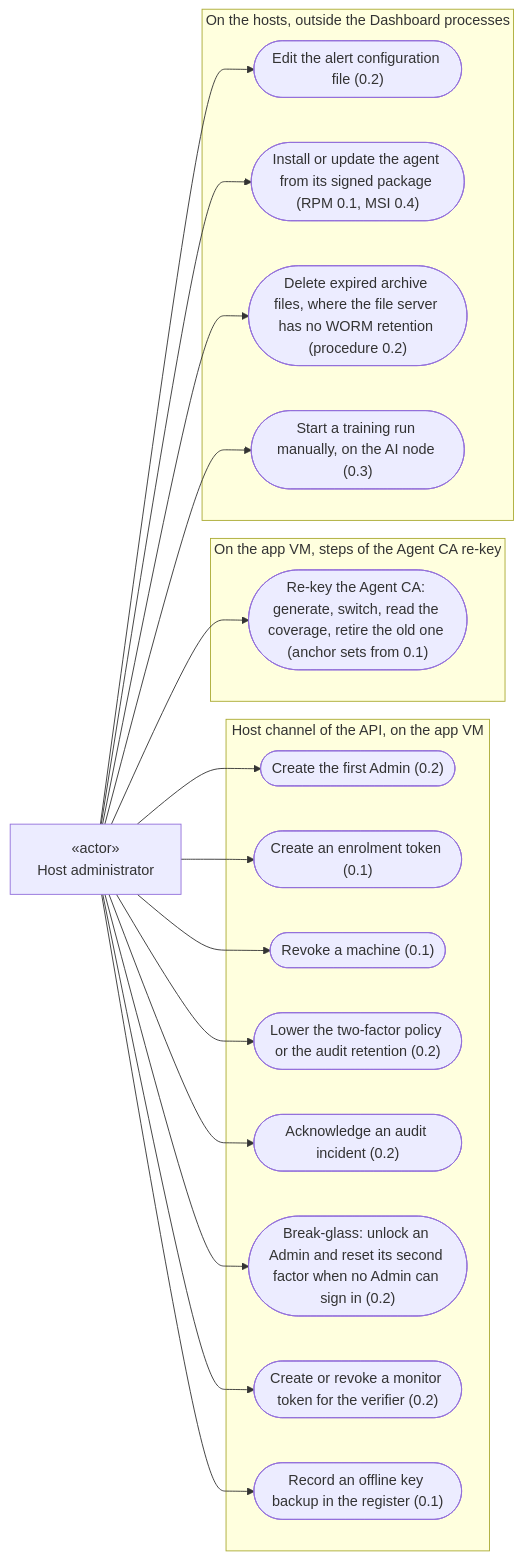
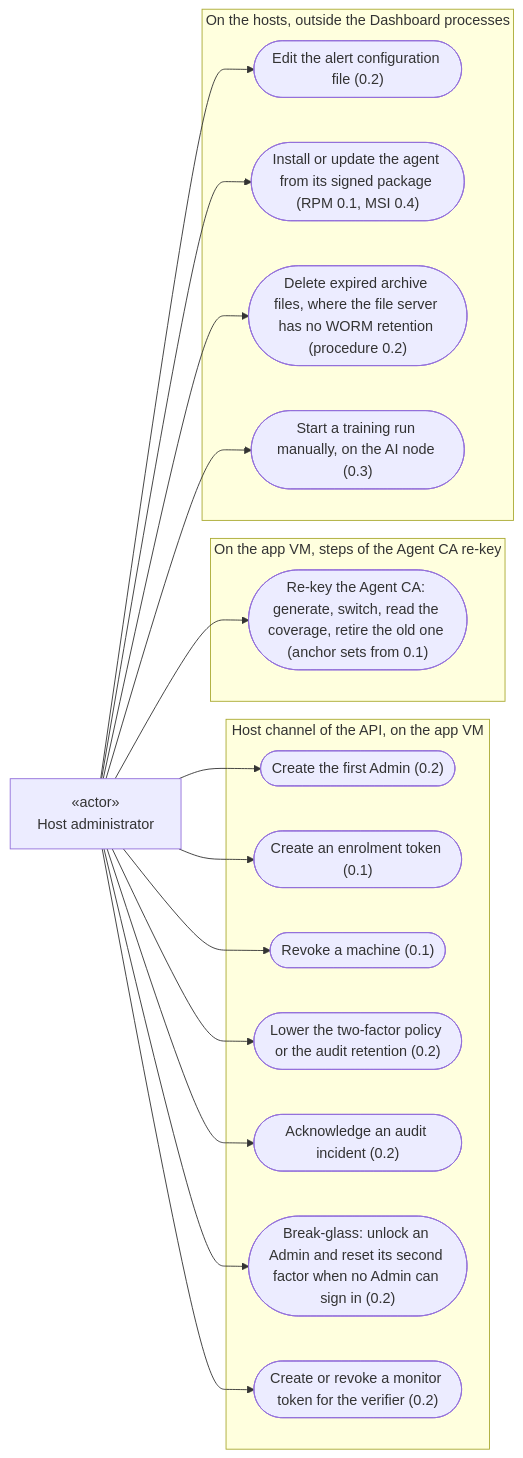
Before and after one commit to micdef/Dashboard: the third of 6 diagrams in doc/analyse/uml/v1/use-cases.md, drawn with Mermaid. The commit also changed other lines of this file and 5 other files, not shown here.

````diff
--- a/doc/analyse/uml/v1/use-cases.md
+++ b/doc/analyse/uml/v1/use-cases.md
@@ -121,40 +121,40 @@
 ```mermaid
 flowchart LR
     HostAdmin["«actor»<br/>Host administrator"]
 
     subgraph HostChannel ["Host channel of the API, on the app VM"]
         FirstAdmin(["Create the first Admin (0.2)"])
         HostToken(["Create an enrolment token (0.1)"])
         HostRevoke(["Revoke a machine (0.1)"])
         Lower(["Lower the two-factor policy or the audit retention (0.2)"])
         Incident(["Acknowledge an audit incident (0.2)"])
         BreakGlass(["Break-glass: unlock an Admin and reset its second factor when no Admin can sign in (0.2)"])
         Monitor(["Create or revoke a monitor token for the verifier (0.2)"])
-        KeyRegister(["Record an offline key backup in the register (0.1)"])
+
     end
 
     subgraph AppVm ["On the app VM, steps of the Agent CA re-key"]
         Rekey(["Re-key the Agent CA: generate, switch, read the coverage, retire the old one (anchor sets from 0.1)"])
     end
 
     subgraph Hosts ["On the hosts, outside the Dashboard processes"]
         AlertConfig(["Edit the alert configuration file (0.2)"])
         Install(["Install or update the agent from its signed package (RPM 0.1, MSI 0.4)"])
         DeleteArchive(["Delete expired archive files, where the file server has no WORM retention (procedure 0.2)"])
         TrainNow(["Start a training run manually, on the AI node (0.3)"])
     end
 
     HostAdmin --> FirstAdmin
     HostAdmin --> HostToken
     HostAdmin --> HostRevoke
     HostAdmin --> Lower
     HostAdmin --> Incident
     HostAdmin --> BreakGlass
     HostAdmin --> Monitor
-    HostAdmin --> KeyRegister
+
     HostAdmin --> Rekey
     HostAdmin --> AlertConfig
     HostAdmin --> Install
     HostAdmin --> DeleteArchive
     HostAdmin --> TrainNow
 ```
````
